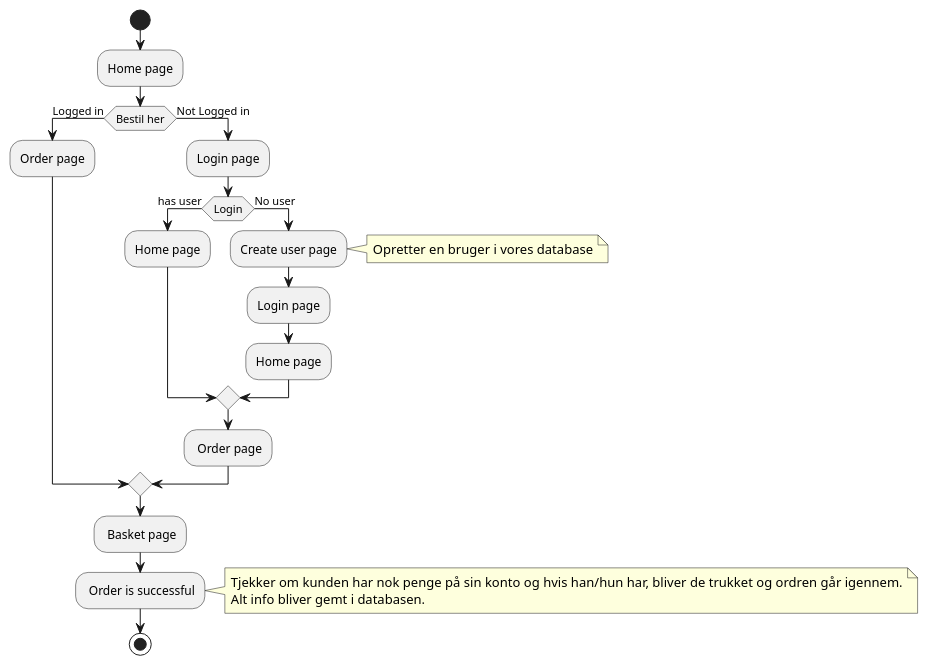
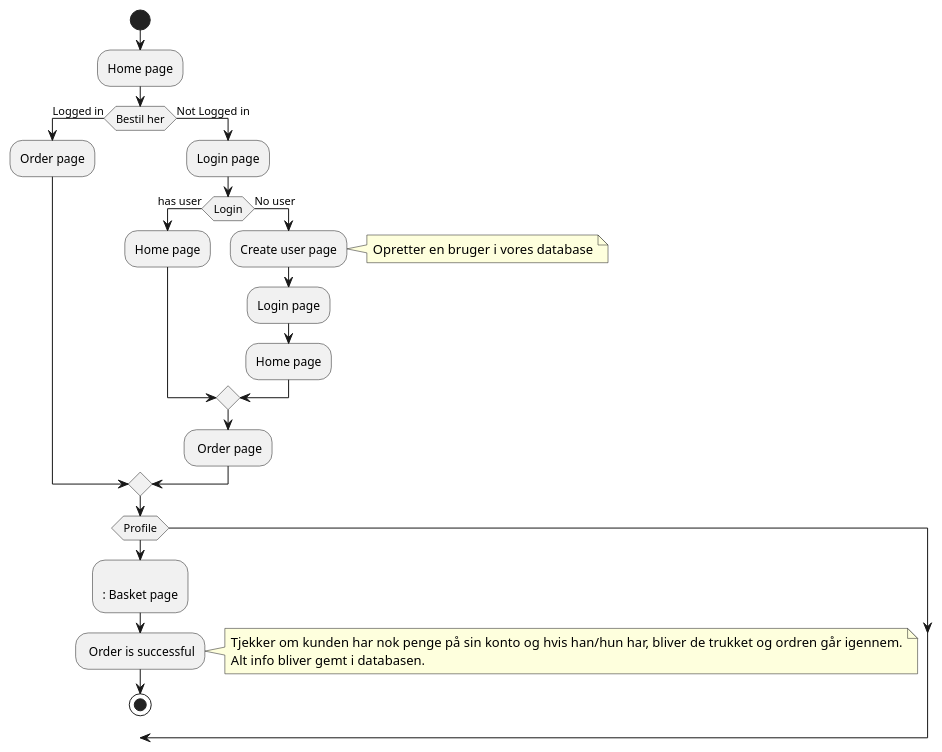
One commit to EmilDagsberg/Cupcake-Project changed the diagram in doc/navigationDiagram.puml. Above: the diagram before and after it, drawn with PlantUML. The commit also changed 1 other file, not shown here.

```diff
--- a/doc/navigationDiagram.puml
+++ b/doc/navigationDiagram.puml
@@ -1,28 +1,30 @@
 @startuml
 start
 :Home page;
 if (Bestil her) then (Logged in)
   :Order page;
 else (Not Logged in)
   :Login page;
   if (Login) then (has user)
     :Home page;
   else (No user)
     :Create user page;
     note right
     Opretter en bruger i vores database
     end note
     :Login page;
     :Home page;
   endif
   : Order page;
 endif
+If (Profile)
+:
 : Basket page;
 : Order is successful;
 note right
 Tjekker om kunden har nok penge på sin konto og hvis han/hun har, bliver de trukket og ordren går igennem.
 Alt info bliver gemt i databasen.
 end note
 
 stop
 @enduml
```
